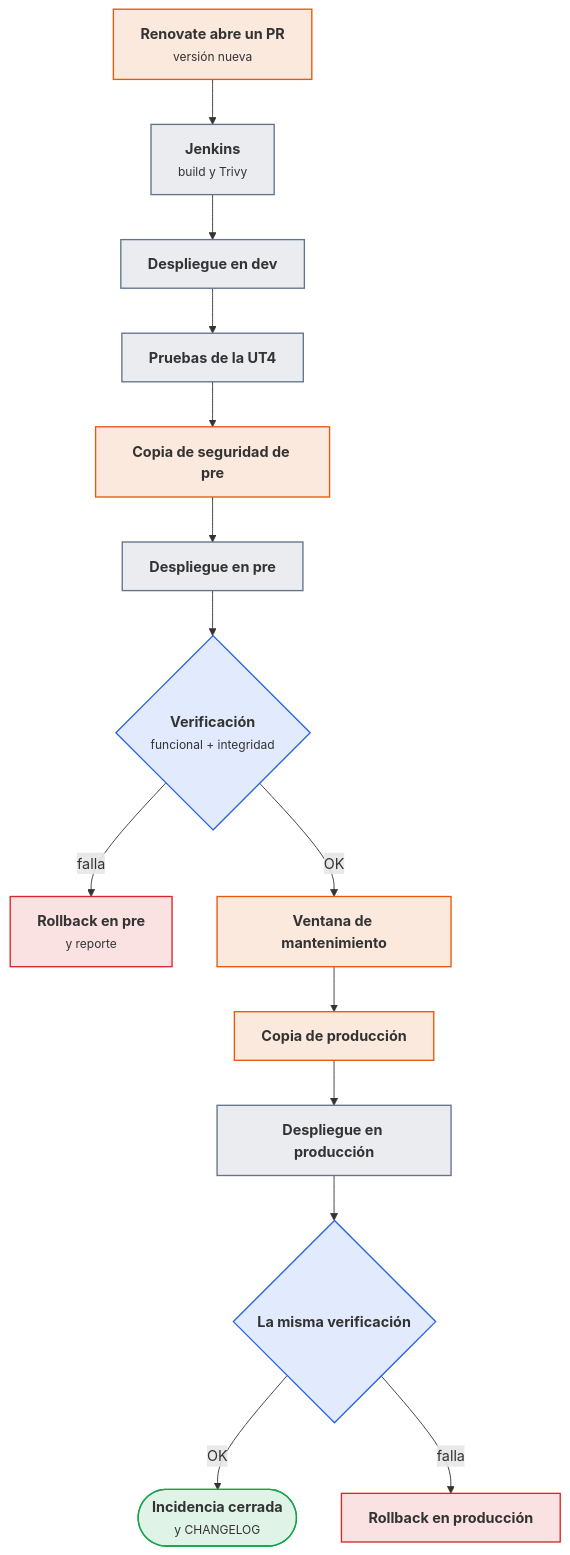
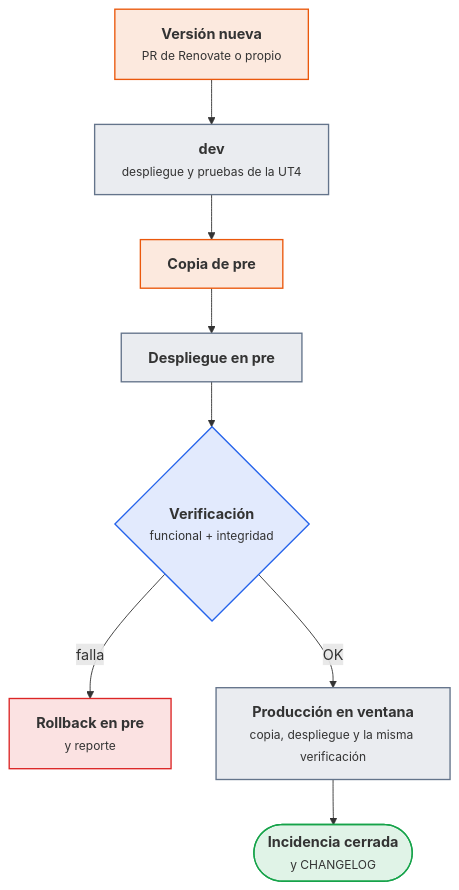
The third of 3 diagrams in docs/ut/ut7-actualizacion-vulnerabilidades.md (victor-educ/apuntes-5169), drawn with Mermaid before and after one commit. The commit also changed other lines of this file and 6 other files, not shown here.

````diff
--- a/docs/ut/ut7-actualizacion-vulnerabilidades.md
+++ b/docs/ut/ut7-actualizacion-vulnerabilidades.md
@@ -636,28 +648,19 @@
 ```mermaid
 flowchart TB
-    R["<b>Renovate abre un PR</b><br><small>versión nueva</small>"]:::act
-    CI["<b>Jenkins</b><br><small>build y Trivy</small>"]:::pieza
-    DEV["<b>Despliegue en dev</b>"]:::pieza
-    T1["<b>Pruebas de la UT4</b>"]:::pieza
-    BK["<b>Copia de seguridad de pre</b>"]:::act
+    R["<b>Versión nueva</b><br><small>PR de Renovate o propio</small>"]:::act
+    DEV["<b>dev</b><br><small>despliegue y pruebas de la UT4</small>"]:::pieza
+    BK["<b>Copia de pre</b>"]:::act
     PRE["<b>Despliegue en pre</b>"]:::pieza
     V1{"<b>Verificación</b><br><small>funcional + integridad</small>"}:::dato
     RB1["<b>Rollback en pre</b><br><small>y reporte</small>"]:::riesgo
-    WIN["<b>Ventana de mantenimiento</b>"]:::act
-    BK2["<b>Copia de producción</b>"]:::act
-    PRO["<b>Despliegue en producción</b>"]:::pieza
-    V2{"<b>La misma verificación</b>"}:::dato
+    PRO["<b>Producción en ventana</b><br><small>copia, despliegue y la misma verificación</small>"]:::pieza
     INC(["<b>Incidencia cerrada</b><br><small>y CHANGELOG</small>"]):::ok
-    RB2["<b>Rollback en producción</b>"]:::riesgo
-    R --> CI --> DEV --> T1 --> BK --> PRE --> V1
-    V1 -- OK --> WIN --> BK2 --> PRO --> V2
+    R --> DEV --> BK --> PRE --> V1
+    V1 -- OK --> PRO --> INC
     V1 -- falla --> RB1
-    V2 -- OK --> INC
-    V2 -- falla --> RB2
     classDef act fill:#ea580c22,stroke:#ea580c,stroke-width:1.5px
     classDef pieza fill:#64748b22,stroke:#64748b,stroke-width:1.5px
     classDef dato fill:#2563eb22,stroke:#2563eb,stroke-width:1.5px
-    classDef infra fill:#a1a1aa14,stroke:#a1a1aa,stroke-width:1.5px
     classDef ok fill:#16a34a22,stroke:#16a34a,stroke-width:1.5px
     classDef riesgo fill:#dc262622,stroke:#dc2626,stroke-width:1.5px
 ```
````
